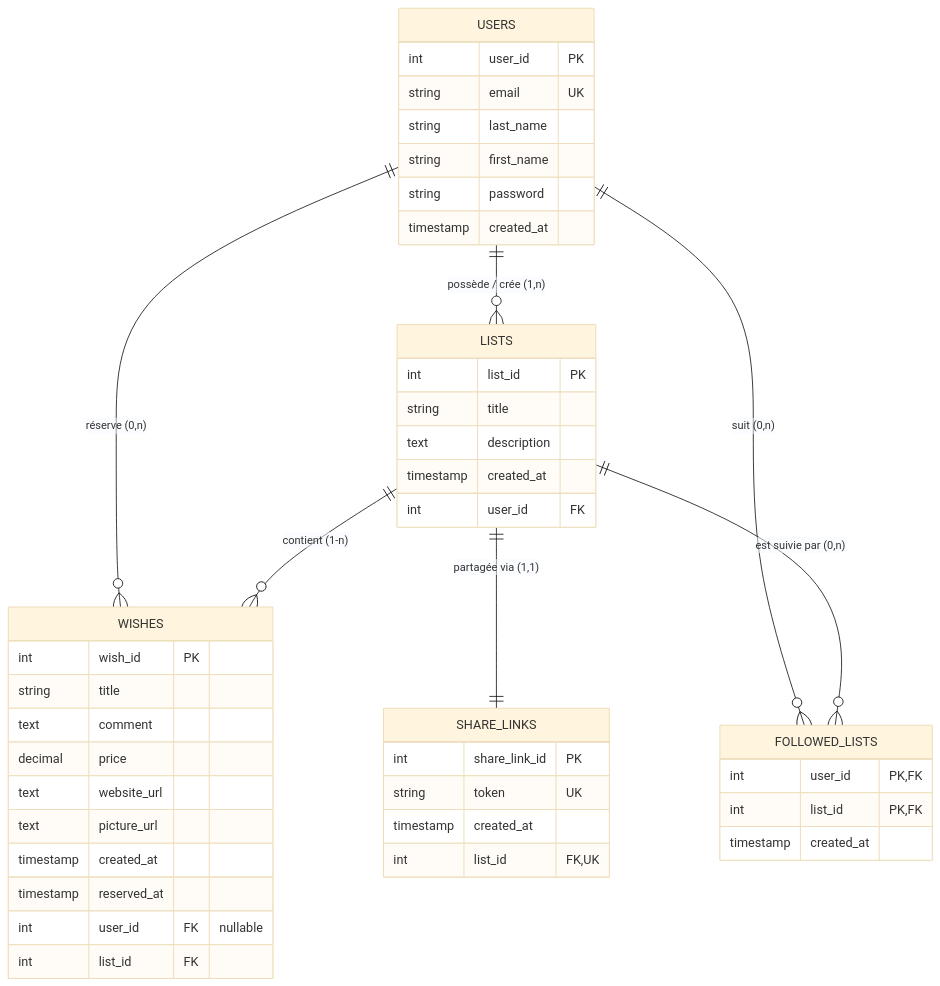
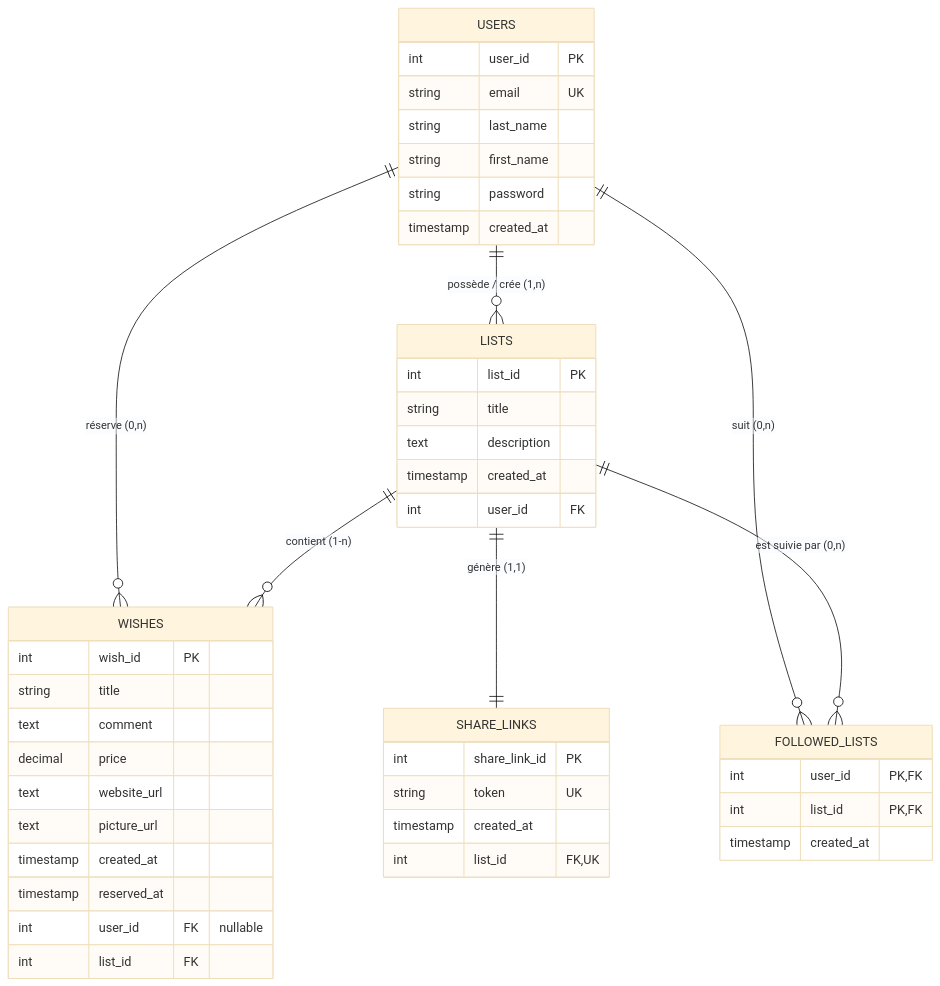
The first of 2 diagrams in docs/DICTIONNAIRE_ET_REGLES_GESTION.md (Arnaud6216/Famylist), drawn with Mermaid (base theme) before and after one commit. The commit also changed other lines of this file and 9 other files, not shown here.

Commit message:
docs: update terminology from wish/envie to souhait and refresh diagrams

````diff
--- a/docs/DICTIONNAIRE_ET_REGLES_GESTION.md
+++ b/docs/DICTIONNAIRE_ET_REGLES_GESTION.md
@@ -34,52 +34,52 @@
 ```mermaid
 erDiagram
     USERS ||--o{ LISTS : "possède / crée (1,n)"
     USERS ||--o{ WISHES : "réserve (0,n)"
     USERS ||--o{ FOLLOWED_LISTS : "suit (0,n)"
     LISTS ||--o{ WISHES : "contient (1-n)"
-    LISTS ||--|| SHARE_LINKS : "partagée via (1,1)"
+    LISTS ||--|| SHARE_LINKS : "génère (1,1)"
     LISTS ||--o{ FOLLOWED_LISTS : "est suivie par (0,n)"
 
     USERS {
         int user_id PK
         string email UK
         string last_name
         string first_name
         string password
         timestamp created_at
     }
 
     LISTS {
         int list_id PK
         string title
         text description
         timestamp created_at
         int user_id FK
     }
 
     WISHES {
         int wish_id PK
         string title
         text comment
         decimal price
         text website_url
         text picture_url
         timestamp created_at
         timestamp reserved_at
         int user_id FK "nullable"
         int list_id FK
     }
 
     SHARE_LINKS {
         int share_link_id PK
         string token UK
         timestamp created_at
         int list_id FK,UK
     }
 
     FOLLOWED_LISTS {
         int user_id PK,FK
         int list_id PK,FK
         timestamp created_at
     }
 ```
````
